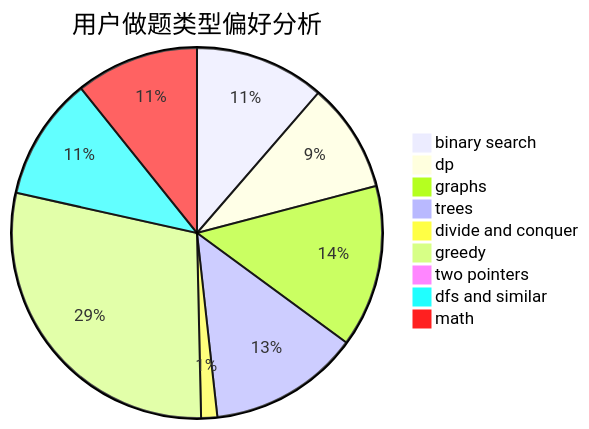
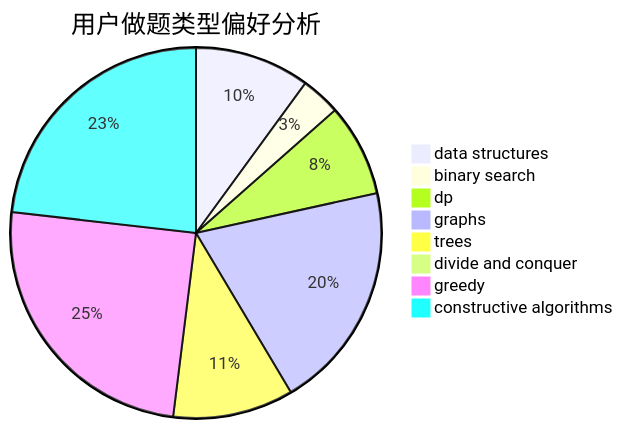
The second of 3 diagrams in docs/user/u1112.md (sherpahu/cfrs.github.io), drawn with Mermaid before and after one commit. The commit also changed other lines of this file and 2775 other files, not shown here.

````diff
--- a/docs/user/u1112.md
+++ b/docs/user/u1112.md
@@ -23,12 +23,11 @@
 ```mermaid
 pie title 用户做题类型偏好分析
-    "binary search" :  113
-    "dp" :  95
-    "graphs" :  141
-    "trees" :  131
-    "divide and conquer" :  14
-    "greedy" :  287
-    "two pointers" :  8
-    "dfs and similar" :  107
-    "math" :  107
+    "data structures" :  61
+    "binary search" :  21
+    "dp" :  49
+    "graphs" :  121
+    "trees" :  64
+    "divide and conquer" :  1
+    "greedy" :  151
+    "constructive algorithms" :  141
 ```
````
